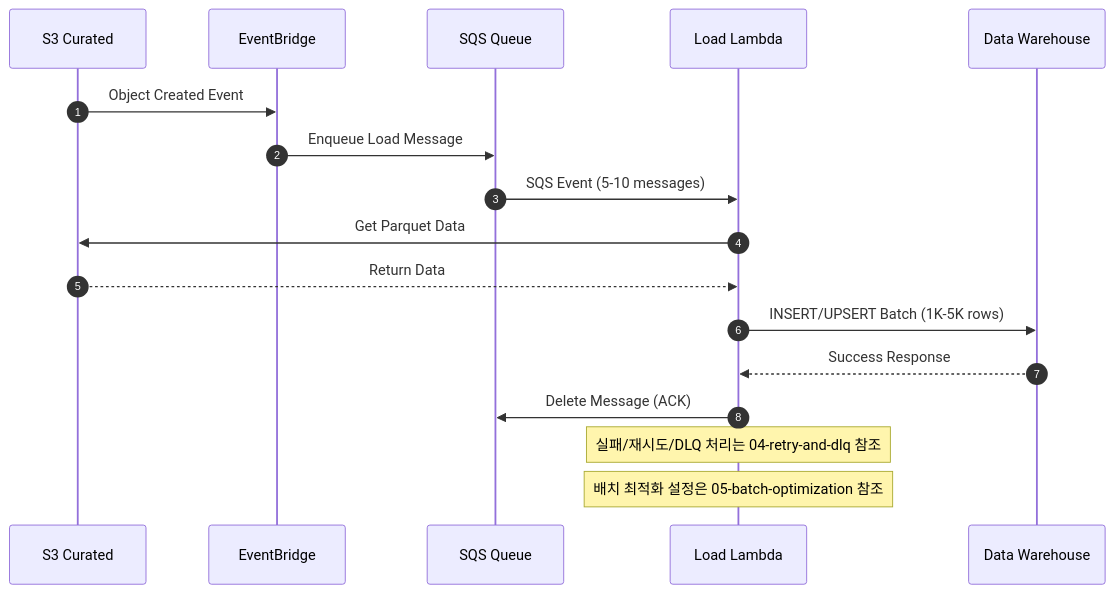
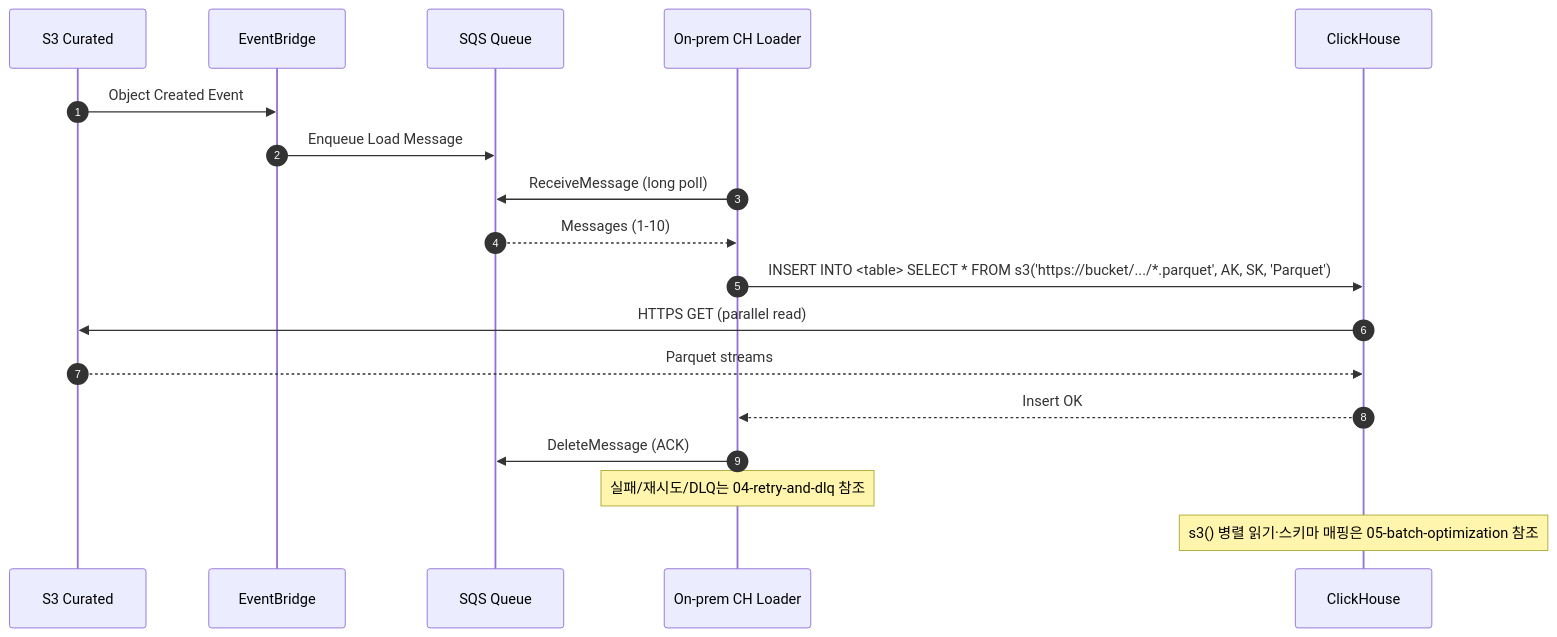
One commit to keemgdeok/fin-forge-pipeline changed the diagram in docs/diagrams/load/03-sequence.md. Above: the diagram before and after it, drawn with Mermaid. The commit also changed 15 other files, not shown here.

Commit message:
refactor: changed load flow

````diff
--- a/docs/diagrams/load/03-sequence.md
+++ b/docs/diagrams/load/03-sequence.md
@@ -1,21 +1,22 @@
 ```mermaid
 sequenceDiagram
   autonumber
   participant S3 as S3 Curated
   participant EB as EventBridge
   participant SQS as SQS Queue
-  participant LOAD as Load Lambda
-  participant DW as Data Warehouse
+  participant AGT as On‑prem CH Loader
+  participant CH as ClickHouse
 
   S3->>EB: Object Created Event
   EB->>SQS: Enqueue Load Message
-  SQS->>LOAD: SQS Event (5-10 messages)
-  LOAD->>S3: Get Parquet Data
-  S3-->>LOAD: Return Data
-  LOAD->>DW: INSERT/UPSERT Batch (1K-5K rows)
-  DW-->>LOAD: Success Response
-  LOAD->>SQS: Delete Message (ACK)
+  AGT->>SQS: ReceiveMessage (long poll)
+  SQS-->>AGT: Messages (1-10)
+  AGT->>CH: INSERT INTO <table> SELECT * FROM s3('https://bucket/.../*.parquet', AK, SK, 'Parquet')
+  CH->>S3: HTTPS GET (parallel read)
+  S3-->>CH: Parquet streams
+  CH-->>AGT: Insert OK
+  AGT->>SQS: DeleteMessage (ACK)
 
-  Note over LOAD: 실패/재시도/DLQ 처리는 04-retry-and-dlq 참조
-  Note over LOAD: 배치 최적화 설정은 05-batch-optimization 참조
+  Note over AGT: 실패/재시도/DLQ는 04-retry-and-dlq 참조
+  Note over CH: s3() 병렬 읽기·스키마 매핑은 05-batch-optimization 참조
 ```
````
